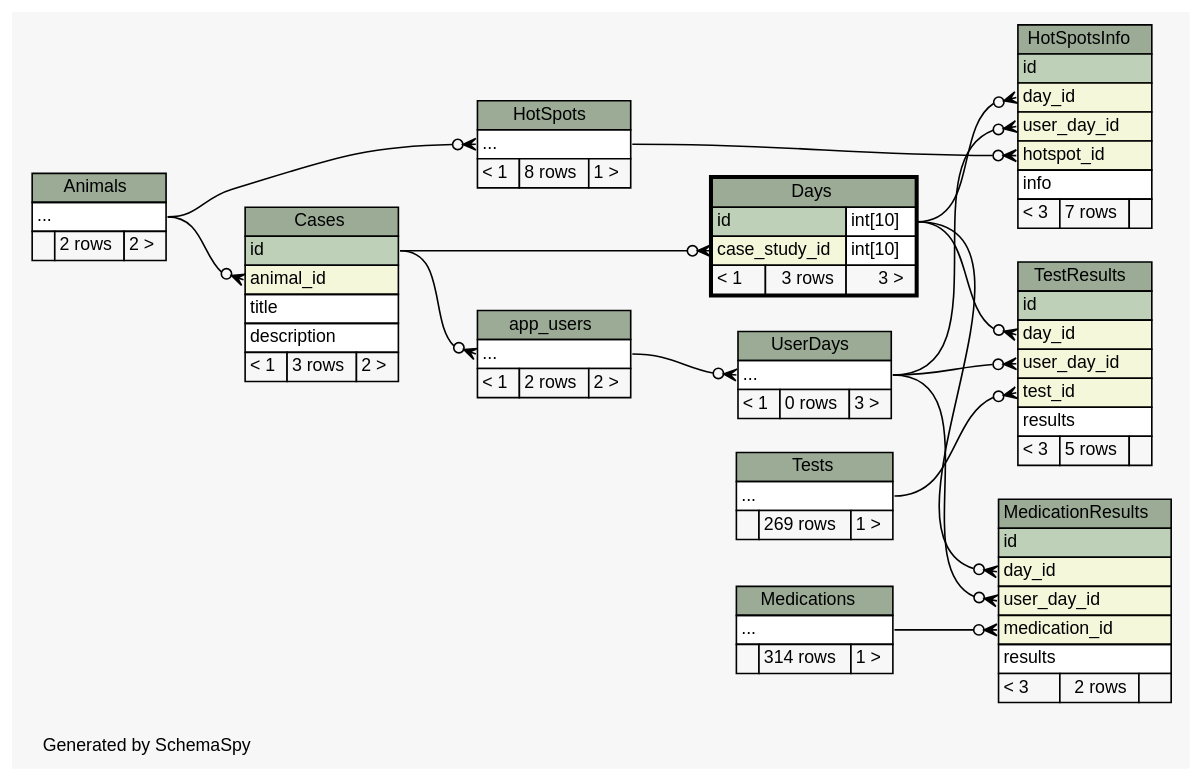
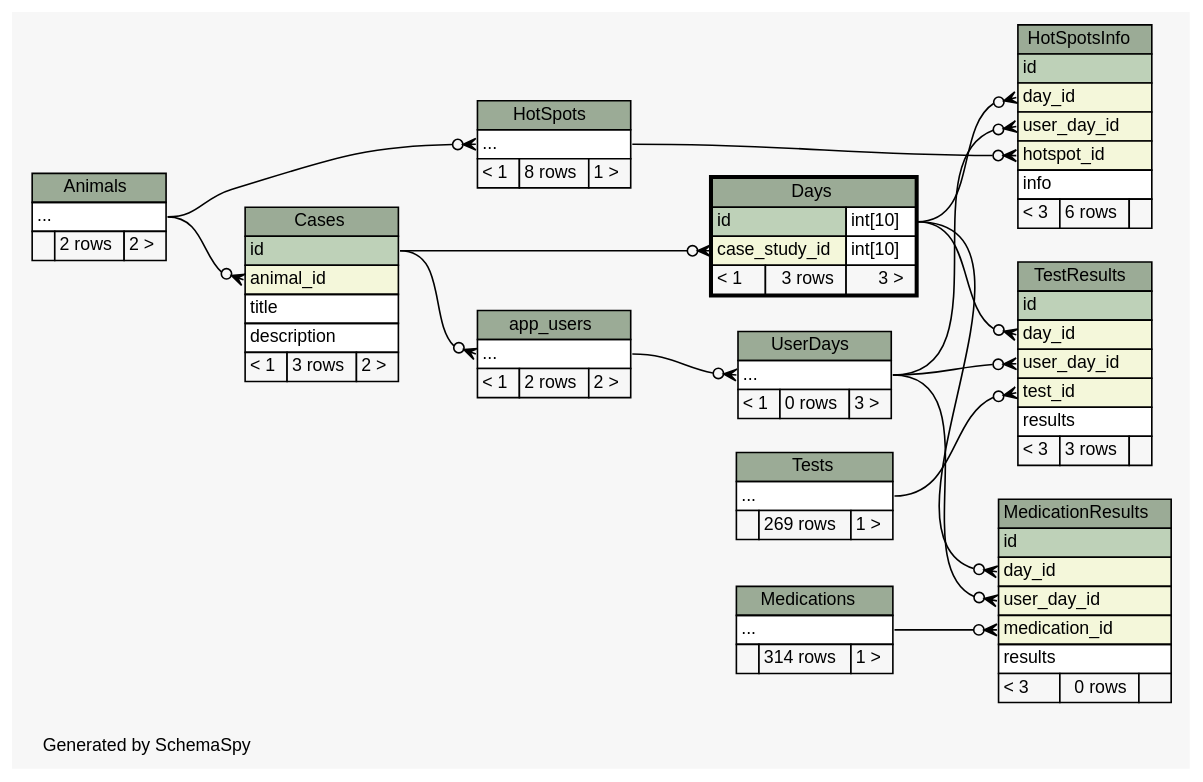
One commit to carrel2/CaseStudies changed the diagram in web/files/schema/diagrams/Days.2degrees.dot. Above: the diagram before and after it, drawn with Graphviz. The commit also changed 170 other files, not shown here.

```diff
--- a/web/files/schema/diagrams/Days.2degrees.dot
+++ b/web/files/schema/diagrams/Days.2degrees.dot
@@ -1,162 +1,162 @@
 // dot 2.38.0 on Linux 4.4.0-77-generic
 // SchemaSpy rev 590
 digraph "twoDegreesRelationshipsDiagram" {
   graph [
     rankdir="RL"
     bgcolor="#f7f7f7"
     label="\nGenerated by SchemaSpy"
     labeljust="l"
     nodesep="0.18"
     ranksep="0.46"
     fontname="Helvetica"
     fontsize="11"
   ];
   node [
     fontname="Helvetica"
     fontsize="11"
     shape="plaintext"
   ];
   edge [
     arrowsize="0.8"
   ];
   "app_users":"elipses":w -> "Cases":"id":e [arrowhead=none dir=back arrowtail=crowodot];
   "Cases":"animal_id":w -> "Animals":"elipses":e [arrowhead=none dir=back arrowtail=crowodot];
   "Days":"case_study_id":w -> "Cases":"id":e [arrowhead=none dir=back arrowtail=crowodot];
   "HotSpots":"elipses":w -> "Animals":"elipses":e [arrowhead=none dir=back arrowtail=crowodot];
   "HotSpotsInfo":"day_id":w -> "Days":"id.type":e [arrowhead=none dir=back arrowtail=crowodot];
   "HotSpotsInfo":"hotspot_id":w -> "HotSpots":"elipses":e [arrowhead=none dir=back arrowtail=crowodot];
   "HotSpotsInfo":"user_day_id":w -> "UserDays":"elipses":e [arrowhead=none dir=back arrowtail=crowodot];
   "MedicationResults":"day_id":w -> "Days":"id.type":e [arrowhead=none dir=back arrowtail=crowodot];
   "MedicationResults":"medication_id":w -> "Medications":"elipses":e [arrowhead=none dir=back arrowtail=crowodot];
   "MedicationResults":"user_day_id":w -> "UserDays":"elipses":e [arrowhead=none dir=back arrowtail=crowodot];
   "TestResults":"day_id":w -> "Days":"id.type":e [arrowhead=none dir=back arrowtail=crowodot];
   "TestResults":"test_id":w -> "Tests":"elipses":e [arrowhead=none dir=back arrowtail=crowodot];
   "TestResults":"user_day_id":w -> "UserDays":"elipses":e [arrowhead=none dir=back arrowtail=crowodot];
   "UserDays":"elipses":w -> "app_users":"elipses":e [arrowhead=none dir=back arrowtail=crowodot];
   "Animals" [
     label=<
     <TABLE BORDER="0" CELLBORDER="1" CELLSPACING="0" BGCOLOR="#ffffff">
       <TR><TD COLSPAN="3" BGCOLOR="#9bab96" ALIGN="CENTER">Animals</TD></TR>
       <TR><TD PORT="elipses" COLSPAN="3" ALIGN="LEFT">...</TD></TR>
       <TR><TD ALIGN="LEFT" BGCOLOR="#f7f7f7">  </TD><TD ALIGN="RIGHT" BGCOLOR="#f7f7f7">2 rows</TD><TD ALIGN="RIGHT" BGCOLOR="#f7f7f7">2 &gt;</TD></TR>
     </TABLE>>
     URL="Animals.html"
     tooltip="Animals"
   ];
   "app_users" [
     label=<
     <TABLE BORDER="0" CELLBORDER="1" CELLSPACING="0" BGCOLOR="#ffffff">
       <TR><TD COLSPAN="3" BGCOLOR="#9bab96" ALIGN="CENTER">app_users</TD></TR>
       <TR><TD PORT="elipses" COLSPAN="3" ALIGN="LEFT">...</TD></TR>
       <TR><TD ALIGN="LEFT" BGCOLOR="#f7f7f7">&lt; 1</TD><TD ALIGN="RIGHT" BGCOLOR="#f7f7f7">2 rows</TD><TD ALIGN="RIGHT" BGCOLOR="#f7f7f7">2 &gt;</TD></TR>
     </TABLE>>
     URL="app_users.html"
     tooltip="app_users"
   ];
   "Cases" [
     label=<
     <TABLE BORDER="0" CELLBORDER="1" CELLSPACING="0" BGCOLOR="#ffffff">
       <TR><TD COLSPAN="3" BGCOLOR="#9bab96" ALIGN="CENTER">Cases</TD></TR>
       <TR><TD PORT="id" COLSPAN="3" BGCOLOR="#bed1b8" ALIGN="LEFT">id</TD></TR>
       <TR><TD PORT="animal_id" COLSPAN="3" BGCOLOR="#f4f7da" ALIGN="LEFT">animal_id</TD></TR>
       <TR><TD PORT="title" COLSPAN="3" ALIGN="LEFT">title</TD></TR>
       <TR><TD PORT="description" COLSPAN="3" ALIGN="LEFT">description</TD></TR>
       <TR><TD ALIGN="LEFT" BGCOLOR="#f7f7f7">&lt; 1</TD><TD ALIGN="RIGHT" BGCOLOR="#f7f7f7">3 rows</TD><TD ALIGN="RIGHT" BGCOLOR="#f7f7f7">2 &gt;</TD></TR>
     </TABLE>>
     URL="Cases.html"
     tooltip="Cases"
   ];
   "Days" [
     label=<
     <TABLE BORDER="2" CELLBORDER="1" CELLSPACING="0" BGCOLOR="#ffffff">
       <TR><TD COLSPAN="3" BGCOLOR="#9bab96" ALIGN="CENTER">Days</TD></TR>
       <TR><TD PORT="id" COLSPAN="2" BGCOLOR="#bed1b8" ALIGN="LEFT">id</TD><TD PORT="id.type" ALIGN="LEFT">int[10]</TD></TR>
       <TR><TD PORT="case_study_id" COLSPAN="2" BGCOLOR="#f4f7da" ALIGN="LEFT">case_study_id</TD><TD PORT="case_study_id.type" ALIGN="LEFT">int[10]</TD></TR>
       <TR><TD ALIGN="LEFT" BGCOLOR="#f7f7f7">&lt; 1</TD><TD ALIGN="RIGHT" BGCOLOR="#f7f7f7">3 rows</TD><TD ALIGN="RIGHT" BGCOLOR="#f7f7f7">3 &gt;</TD></TR>
     </TABLE>>
     URL="Days.html"
     tooltip="Days"
   ];
   "HotSpots" [
     label=<
     <TABLE BORDER="0" CELLBORDER="1" CELLSPACING="0" BGCOLOR="#ffffff">
       <TR><TD COLSPAN="3" BGCOLOR="#9bab96" ALIGN="CENTER">HotSpots</TD></TR>
       <TR><TD PORT="elipses" COLSPAN="3" ALIGN="LEFT">...</TD></TR>
       <TR><TD ALIGN="LEFT" BGCOLOR="#f7f7f7">&lt; 1</TD><TD ALIGN="RIGHT" BGCOLOR="#f7f7f7">8 rows</TD><TD ALIGN="RIGHT" BGCOLOR="#f7f7f7">1 &gt;</TD></TR>
     </TABLE>>
     URL="HotSpots.html"
     tooltip="HotSpots"
   ];
   "HotSpotsInfo" [
     label=<
     <TABLE BORDER="0" CELLBORDER="1" CELLSPACING="0" BGCOLOR="#ffffff">
       <TR><TD COLSPAN="3" BGCOLOR="#9bab96" ALIGN="CENTER">HotSpotsInfo</TD></TR>
       <TR><TD PORT="id" COLSPAN="3" BGCOLOR="#bed1b8" ALIGN="LEFT">id</TD></TR>
       <TR><TD PORT="day_id" COLSPAN="3" BGCOLOR="#f4f7da" ALIGN="LEFT">day_id</TD></TR>
       <TR><TD PORT="user_day_id" COLSPAN="3" BGCOLOR="#f4f7da" ALIGN="LEFT">user_day_id</TD></TR>
       <TR><TD PORT="hotspot_id" COLSPAN="3" BGCOLOR="#f4f7da" ALIGN="LEFT">hotspot_id</TD></TR>
       <TR><TD PORT="info" COLSPAN="3" ALIGN="LEFT">info</TD></TR>
-      <TR><TD ALIGN="LEFT" BGCOLOR="#f7f7f7">&lt; 3</TD><TD ALIGN="RIGHT" BGCOLOR="#f7f7f7">7 rows</TD><TD ALIGN="RIGHT" BGCOLOR="#f7f7f7">  </TD></TR>
+      <TR><TD ALIGN="LEFT" BGCOLOR="#f7f7f7">&lt; 3</TD><TD ALIGN="RIGHT" BGCOLOR="#f7f7f7">6 rows</TD><TD ALIGN="RIGHT" BGCOLOR="#f7f7f7">  </TD></TR>
     </TABLE>>
     URL="HotSpotsInfo.html"
     tooltip="HotSpotsInfo"
   ];
   "MedicationResults" [
     label=<
     <TABLE BORDER="0" CELLBORDER="1" CELLSPACING="0" BGCOLOR="#ffffff">
       <TR><TD COLSPAN="3" BGCOLOR="#9bab96" ALIGN="CENTER">MedicationResults</TD></TR>
       <TR><TD PORT="id" COLSPAN="3" BGCOLOR="#bed1b8" ALIGN="LEFT">id</TD></TR>
       <TR><TD PORT="day_id" COLSPAN="3" BGCOLOR="#f4f7da" ALIGN="LEFT">day_id</TD></TR>
       <TR><TD PORT="user_day_id" COLSPAN="3" BGCOLOR="#f4f7da" ALIGN="LEFT">user_day_id</TD></TR>
       <TR><TD PORT="medication_id" COLSPAN="3" BGCOLOR="#f4f7da" ALIGN="LEFT">medication_id</TD></TR>
       <TR><TD PORT="results" COLSPAN="3" ALIGN="LEFT">results</TD></TR>
-      <TR><TD ALIGN="LEFT" BGCOLOR="#f7f7f7">&lt; 3</TD><TD ALIGN="RIGHT" BGCOLOR="#f7f7f7">2 rows</TD><TD ALIGN="RIGHT" BGCOLOR="#f7f7f7">  </TD></TR>
+      <TR><TD ALIGN="LEFT" BGCOLOR="#f7f7f7">&lt; 3</TD><TD ALIGN="RIGHT" BGCOLOR="#f7f7f7">0 rows</TD><TD ALIGN="RIGHT" BGCOLOR="#f7f7f7">  </TD></TR>
     </TABLE>>
     URL="MedicationResults.html"
     tooltip="MedicationResults"
   ];
   "Medications" [
     label=<
     <TABLE BORDER="0" CELLBORDER="1" CELLSPACING="0" BGCOLOR="#ffffff">
       <TR><TD COLSPAN="3" BGCOLOR="#9bab96" ALIGN="CENTER">Medications</TD></TR>
       <TR><TD PORT="elipses" COLSPAN="3" ALIGN="LEFT">...</TD></TR>
       <TR><TD ALIGN="LEFT" BGCOLOR="#f7f7f7">  </TD><TD ALIGN="RIGHT" BGCOLOR="#f7f7f7">314 rows</TD><TD ALIGN="RIGHT" BGCOLOR="#f7f7f7">1 &gt;</TD></TR>
     </TABLE>>
     URL="Medications.html"
     tooltip="Medications"
   ];
   "TestResults" [
     label=<
     <TABLE BORDER="0" CELLBORDER="1" CELLSPACING="0" BGCOLOR="#ffffff">
       <TR><TD COLSPAN="3" BGCOLOR="#9bab96" ALIGN="CENTER">TestResults</TD></TR>
       <TR><TD PORT="id" COLSPAN="3" BGCOLOR="#bed1b8" ALIGN="LEFT">id</TD></TR>
       <TR><TD PORT="day_id" COLSPAN="3" BGCOLOR="#f4f7da" ALIGN="LEFT">day_id</TD></TR>
       <TR><TD PORT="user_day_id" COLSPAN="3" BGCOLOR="#f4f7da" ALIGN="LEFT">user_day_id</TD></TR>
       <TR><TD PORT="test_id" COLSPAN="3" BGCOLOR="#f4f7da" ALIGN="LEFT">test_id</TD></TR>
       <TR><TD PORT="results" COLSPAN="3" ALIGN="LEFT">results</TD></TR>
-      <TR><TD ALIGN="LEFT" BGCOLOR="#f7f7f7">&lt; 3</TD><TD ALIGN="RIGHT" BGCOLOR="#f7f7f7">5 rows</TD><TD ALIGN="RIGHT" BGCOLOR="#f7f7f7">  </TD></TR>
+      <TR><TD ALIGN="LEFT" BGCOLOR="#f7f7f7">&lt; 3</TD><TD ALIGN="RIGHT" BGCOLOR="#f7f7f7">3 rows</TD><TD ALIGN="RIGHT" BGCOLOR="#f7f7f7">  </TD></TR>
     </TABLE>>
     URL="TestResults.html"
     tooltip="TestResults"
   ];
   "Tests" [
     label=<
     <TABLE BORDER="0" CELLBORDER="1" CELLSPACING="0" BGCOLOR="#ffffff">
       <TR><TD COLSPAN="3" BGCOLOR="#9bab96" ALIGN="CENTER">Tests</TD></TR>
       <TR><TD PORT="elipses" COLSPAN="3" ALIGN="LEFT">...</TD></TR>
       <TR><TD ALIGN="LEFT" BGCOLOR="#f7f7f7">  </TD><TD ALIGN="RIGHT" BGCOLOR="#f7f7f7">269 rows</TD><TD ALIGN="RIGHT" BGCOLOR="#f7f7f7">1 &gt;</TD></TR>
     </TABLE>>
     URL="Tests.html"
     tooltip="Tests"
   ];
   "UserDays" [
     label=<
     <TABLE BORDER="0" CELLBORDER="1" CELLSPACING="0" BGCOLOR="#ffffff">
       <TR><TD COLSPAN="3" BGCOLOR="#9bab96" ALIGN="CENTER">UserDays</TD></TR>
       <TR><TD PORT="elipses" COLSPAN="3" ALIGN="LEFT">...</TD></TR>
       <TR><TD ALIGN="LEFT" BGCOLOR="#f7f7f7">&lt; 1</TD><TD ALIGN="RIGHT" BGCOLOR="#f7f7f7">0 rows</TD><TD ALIGN="RIGHT" BGCOLOR="#f7f7f7">3 &gt;</TD></TR>
     </TABLE>>
     URL="UserDays.html"
     tooltip="UserDays"
   ];
 }
```
